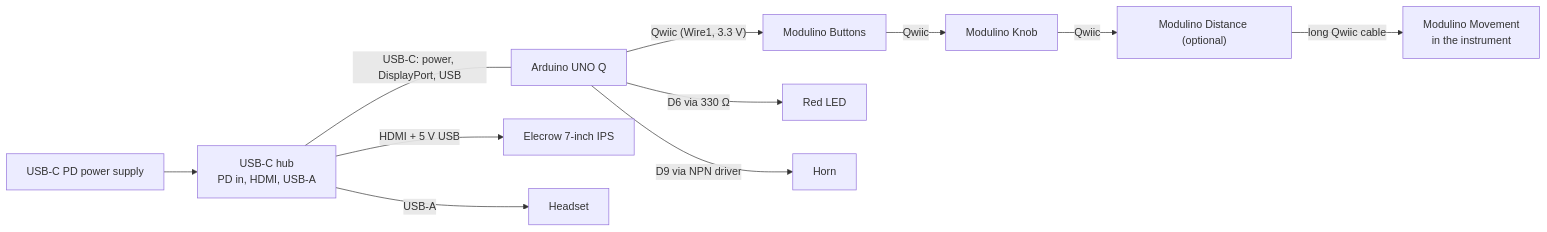
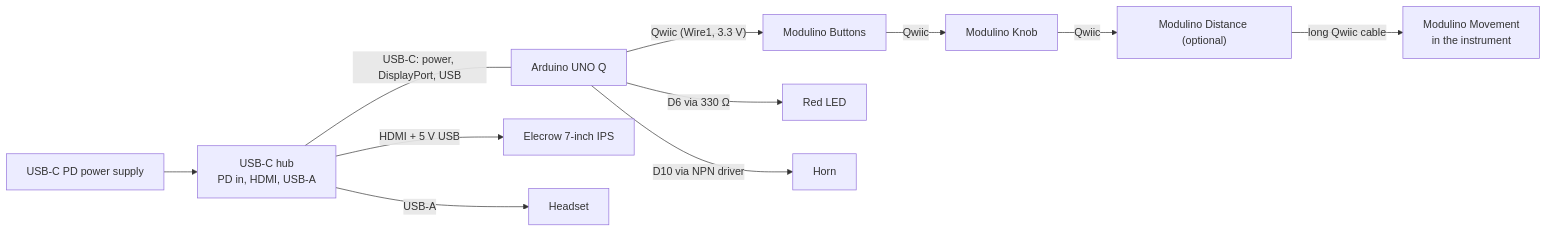
Before and after one commit to JustCodeX/steadyHands: the first of 2 diagrams in README.md, drawn with Mermaid. The commit also changed 2 other files, not shown here.

Commit message:
Docs: horn is on D10, not D9
The firmware has used PIN_HORN = 10 since "Move horn to D10". The wiring
diagram, pin table and firmware README still said D9. Update them to match
firmware/lib/Core/Config.h.

````diff
--- a/README.md
+++ b/README.md
@@ -27,13 +27,13 @@
 ```mermaid
 flowchart LR
   PSU["USB-C PD power supply"] --> HUB["USB-C hub<br/>PD in, HDMI, USB-A"]
   HUB -- "USB-C: power, DisplayPort, USB" --- Q["Arduino UNO Q"]
   HUB -- "HDMI + 5 V USB" --> DISP["Elecrow 7-inch IPS"]
   HUB -- "USB-A" --> HS["Headset"]
   Q -- "Qwiic (Wire1, 3.3 V)" --> B["Modulino Buttons"]
   B -- "Qwiic" --> K["Modulino Knob"]
   K -- "Qwiic" --> DI["Modulino Distance (optional)"]
   DI -- "long Qwiic cable" --> M["Modulino Movement<br/>in the instrument"]
   Q -- "D6 via 330 Ω" --> LED["Red LED"]
-  Q -- "D9 via NPN driver" --> HORN["Horn"]
+  Q -- "D10 via NPN driver" --> HORN["Horn"]
 ```
````
